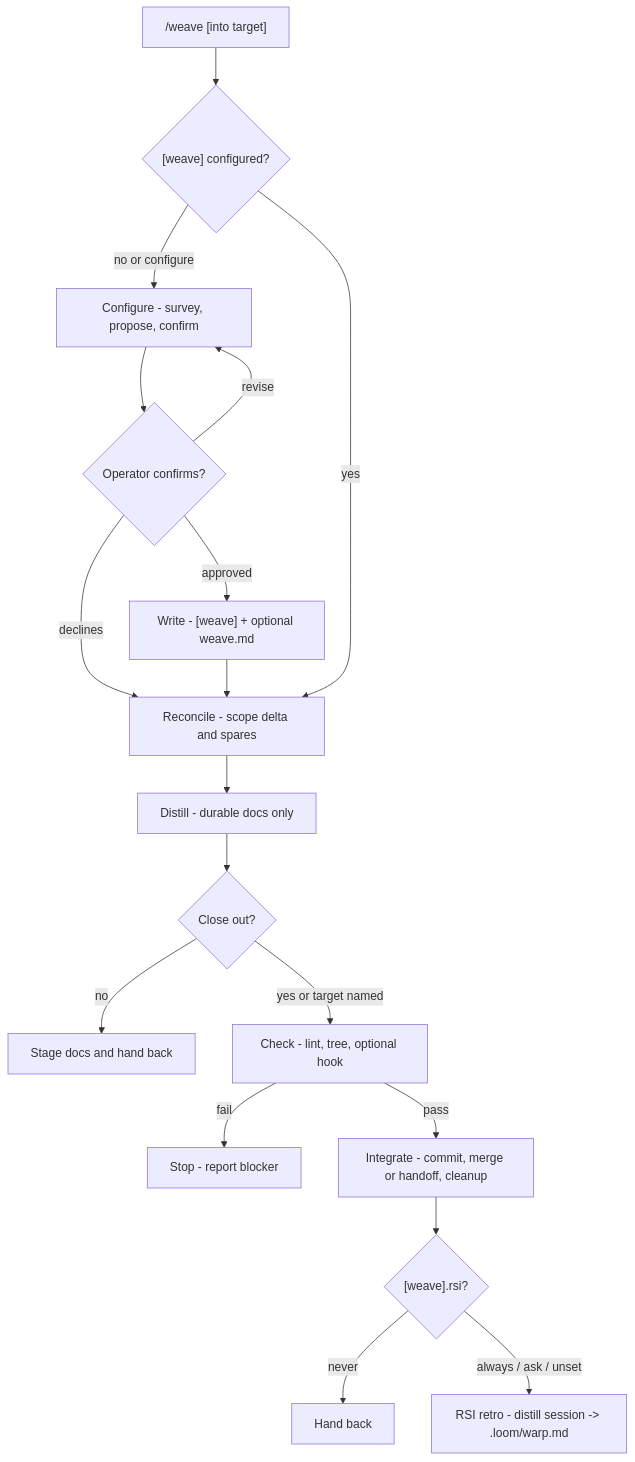
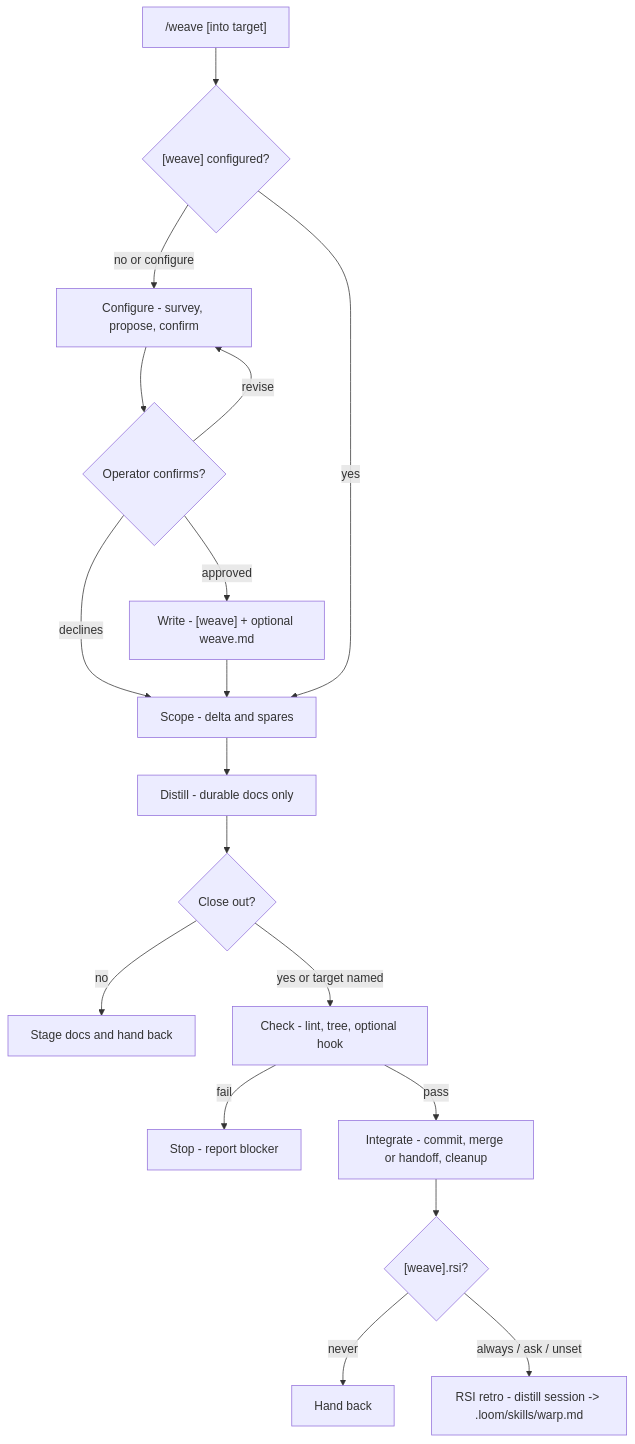
Before and after one commit to ZPerrin/loom: the diagram in skills/weave/SKILL.md, drawn with Mermaid. The commit also changed other lines of this file and 43 other files, not shown here.

````diff
--- a/skills/weave/SKILL.md
+++ b/skills/weave/SKILL.md
@@ -29,20 +29,20 @@
 ```mermaid
 flowchart TD
     invoke["/weave [into target]"] --> cfg{"[weave] configured?"}
     cfg -->|no or configure| configure["Configure - survey, propose, confirm"]
     configure --> confirm{"Operator confirms?"}
     confirm -->|revise| configure
-    confirm -->|declines| reconcile["Reconcile - scope delta and spares"]
+    confirm -->|declines| scope["Scope - delta and spares"]
     confirm -->|approved| write["Write - [weave] + optional weave.md"]
-    cfg -->|yes| reconcile
-    write --> reconcile
-    reconcile --> distill["Distill - durable docs only"]
+    cfg -->|yes| scope
+    write --> scope
+    scope --> distill["Distill - durable docs only"]
     distill --> close{"Close out?"}
     close -->|no| stage["Stage docs and hand back"]
     close -->|yes or target named| check["Check - lint, tree, optional hook"]
     check -->|fail| stop["Stop - report blocker"]
     check -->|pass| integrate["Integrate - commit, merge or handoff, cleanup"]
     integrate --> rsi{"[weave].rsi?"}
     rsi -->|never| handback["Hand back"]
-    rsi -->|always / ask / unset| retro["RSI retro - distill session -> .loom/warp.md"]
+    rsi -->|always / ask / unset| retro["RSI retro - distill session -> .loom/skills/warp.md"]
 ```
````
